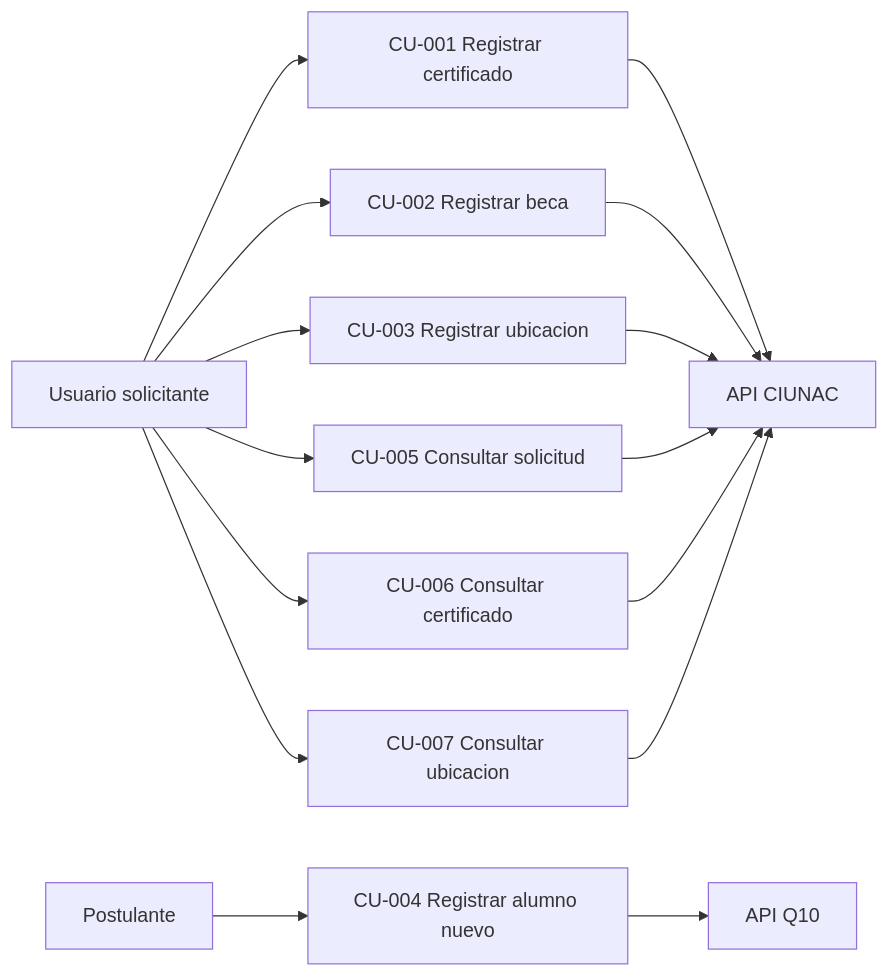
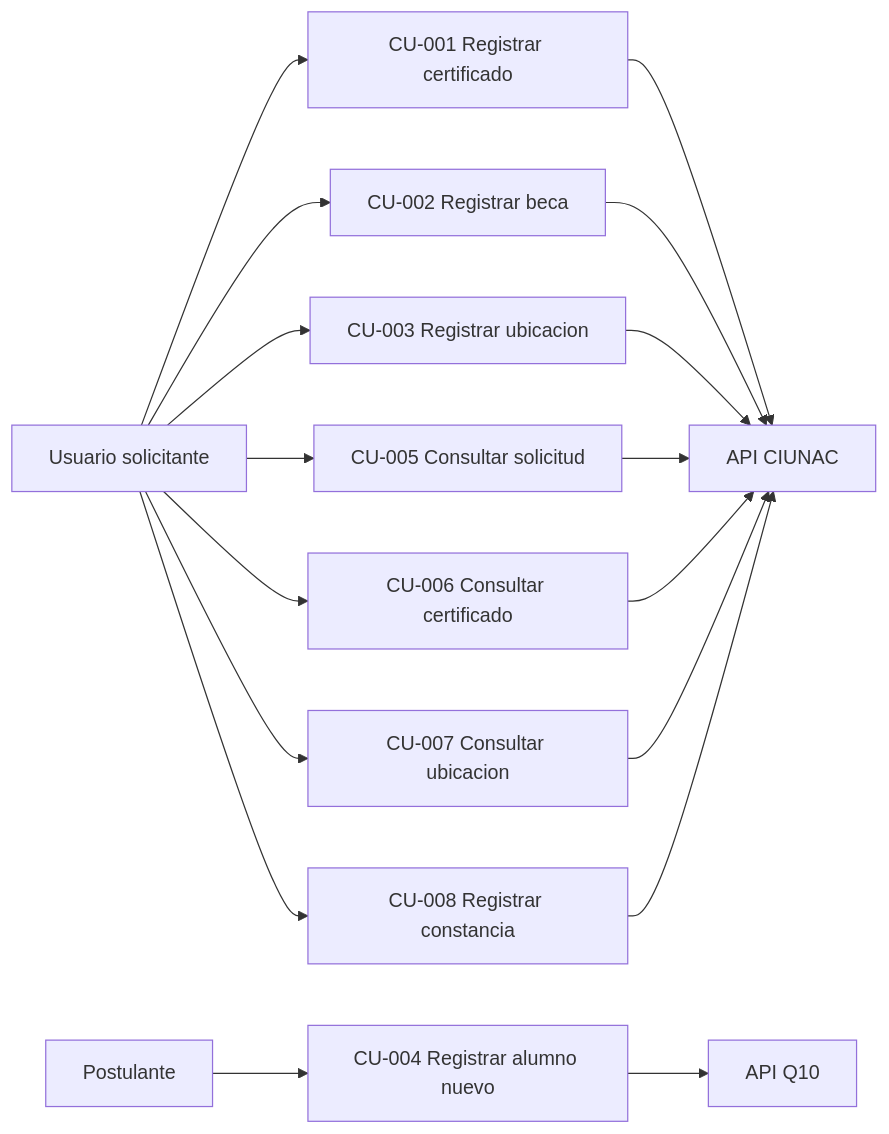
The first of 3 diagrams in docs/requirements/use-cases/index.md (luismiguelgs/ciunac-sol-1.3), drawn with Mermaid before and after one commit. The commit also changed other lines of this file and 34 other files, not shown here.

````diff
--- a/docs/requirements/use-cases/index.md
+++ b/docs/requirements/use-cases/index.md
@@ -18,18 +19,20 @@
 ```mermaid
 flowchart LR
     Usuario["Usuario solicitante"] --> CU1["CU-001 Registrar certificado"]
     Usuario --> CU2["CU-002 Registrar beca"]
     Usuario --> CU3["CU-003 Registrar ubicacion"]
     Postulante["Postulante"] --> CU4["CU-004 Registrar alumno nuevo"]
     Usuario --> CU5["CU-005 Consultar solicitud"]
     Usuario --> CU6["CU-006 Consultar certificado"]
     Usuario --> CU7["CU-007 Consultar ubicacion"]
+    Usuario --> CU8["CU-008 Registrar constancia"]
 
     CU1 --> API["API CIUNAC"]
     CU2 --> API
     CU3 --> API
     CU4 --> Q10["API Q10"]
     CU5 --> API
     CU6 --> API
     CU7 --> API
+    CU8 --> API
 ```
````
